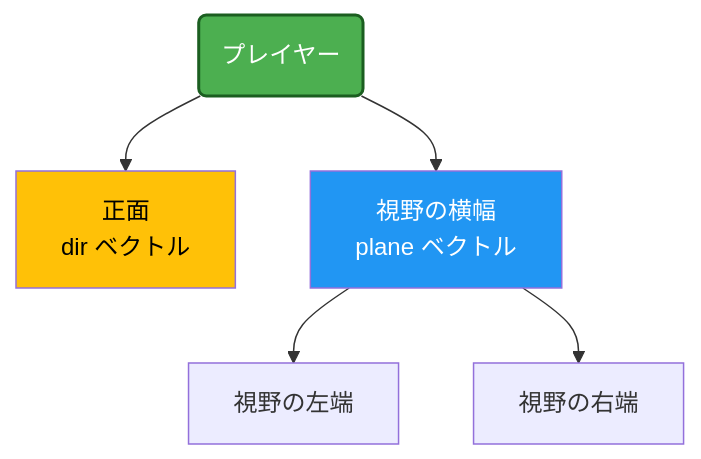
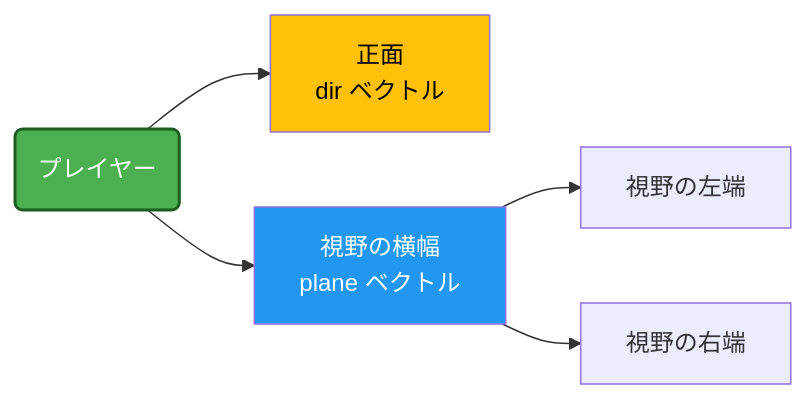
The first of 4 diagrams in docs/05-camera.md (Tsunanko/cub3d-guide), drawn with Mermaid before and after one commit. The commit also changed other lines of this file and 6 other files, not shown here.

First line of the commit message:
Make Mermaid diagrams fill viewport width and convert vertical flowcharts to horizontal

````diff
--- a/docs/05-camera.md
+++ b/docs/05-camera.md
@@ -37,17 +37,11 @@
 ```mermaid
-flowchart TD
-    P(プレイヤー)
-    D[正面<br>dir ベクトル]
-    PL[視野の横幅<br>plane ベクトル]
-    L[視野の左端]
-    R[視野の右端]
-
-    P --> D
-    P --> PL
-    PL --> L
-    PL --> R
+flowchart LR
+    P(プレイヤー) --> D[正面<br>dir ベクトル]
+    P --> PL[視野の横幅<br>plane ベクトル]
+    PL --> L[視野の左端]
+    PL --> R[視野の右端]
 
     style P fill:#4CAF50,color:#fff,stroke:#1B5E20,stroke-width:2px
     style D fill:#FFC107,color:#000
     style PL fill:#2196F3,color:#fff
 ```
````
